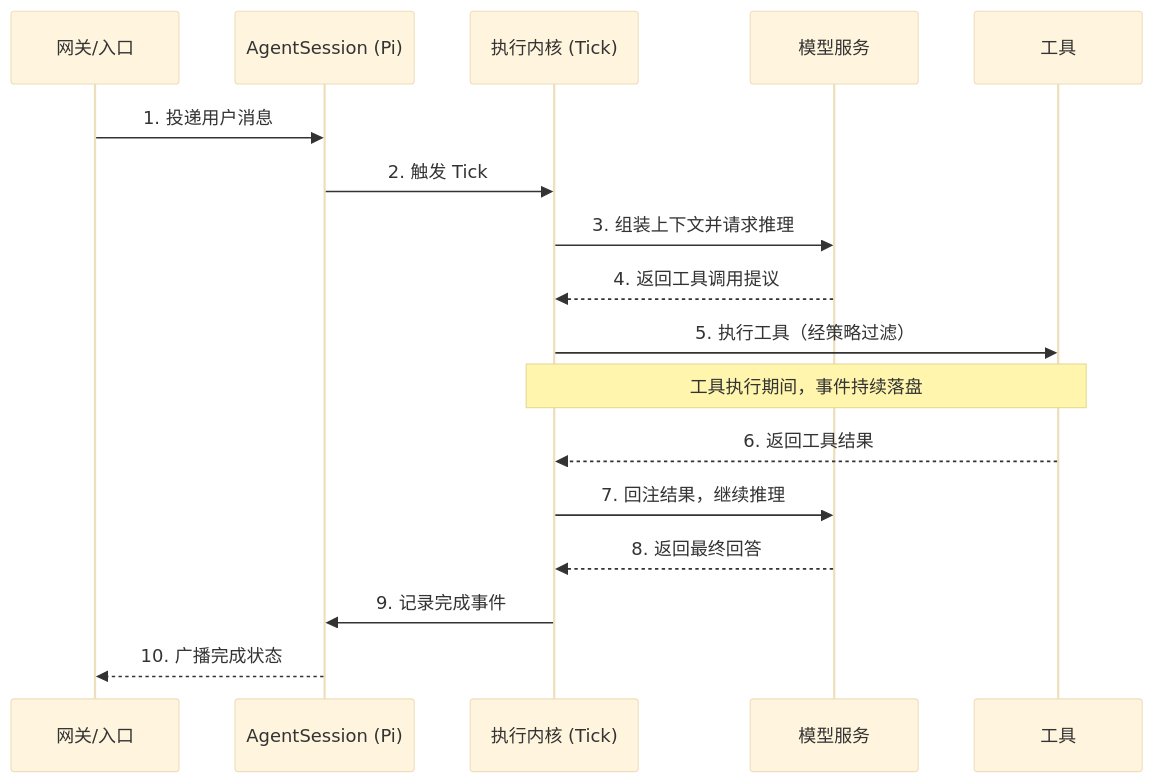
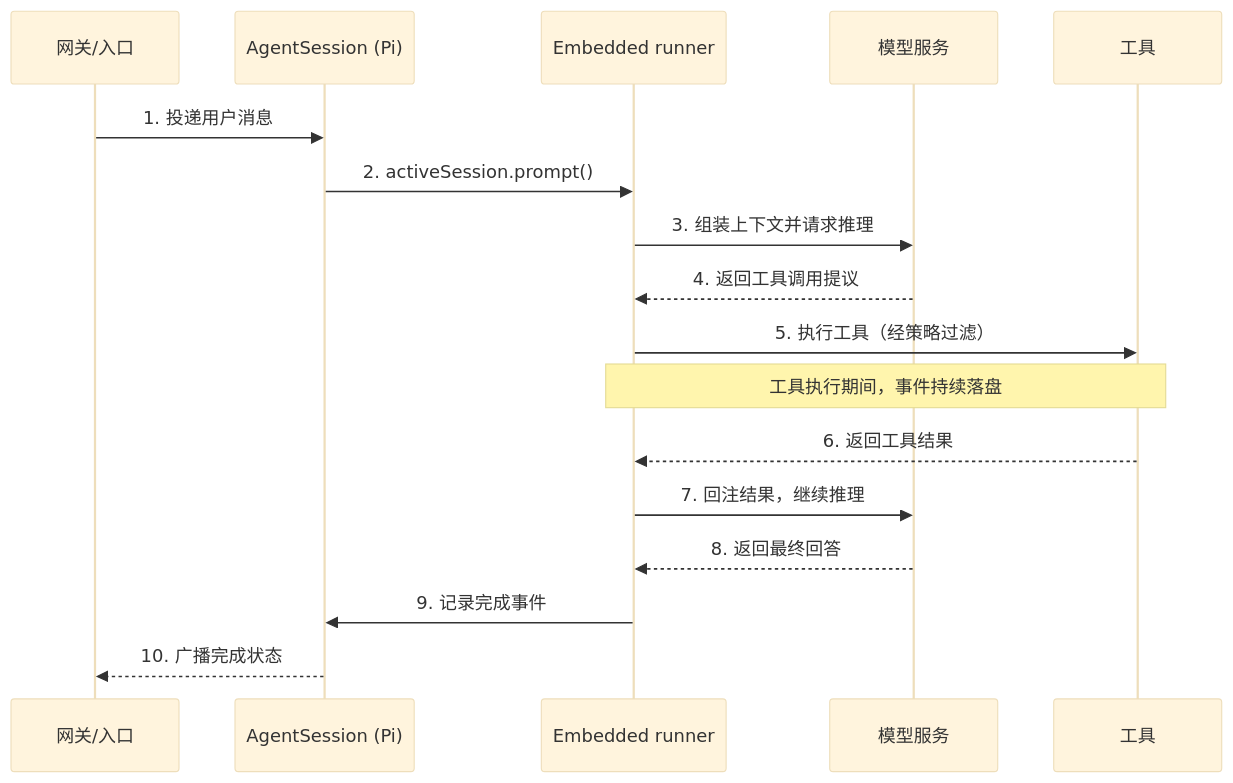
One commit to yeasy/openclaw_guide changed the second of 2 diagrams in 10_agent_loop/10.2_pi_framework.md. Above: the diagram before and after it, drawn with Mermaid (base theme). The commit also changed other lines of this file and 53 other files, not shown here.

````diff
--- a/10_agent_loop/10.2_pi_framework.md
+++ b/10_agent_loop/10.2_pi_framework.md
@@ -69,20 +69,20 @@
 ```mermaid
 sequenceDiagram
     participant Gateway as 网关/入口
     participant Session as AgentSession (Pi)
-    participant Executor as 执行内核 (Tick)
+    participant Runner as Embedded runner
     participant LLM as 模型服务
     participant Tool as 工具
 
     Gateway->>Session: 1. 投递用户消息
-    Session->>Executor: 2. 触发 Tick
-    Executor->>LLM: 3. 组装上下文并请求推理
-    LLM-->>Executor: 4. 返回工具调用提议
-    Executor->>Tool: 5. 执行工具（经策略过滤）
-    Note over Executor,Tool: 工具执行期间，事件持续落盘
-    Tool-->>Executor: 6. 返回工具结果
-    Executor->>LLM: 7. 回注结果，继续推理
-    LLM-->>Executor: 8. 返回最终回答
-    Executor->>Session: 9. 记录完成事件
+    Session->>Runner: 2. activeSession.prompt()
+    Runner->>LLM: 3. 组装上下文并请求推理
+    LLM-->>Runner: 4. 返回工具调用提议
+    Runner->>Tool: 5. 执行工具（经策略过滤）
+    Note over Runner,Tool: 工具执行期间，事件持续落盘
+    Tool-->>Runner: 6. 返回工具结果
+    Runner->>LLM: 7. 回注结果，继续推理
+    LLM-->>Runner: 8. 返回最终回答
+    Runner->>Session: 9. 记录完成事件
     Session-->>Gateway: 10. 广播完成状态
 ```
````
